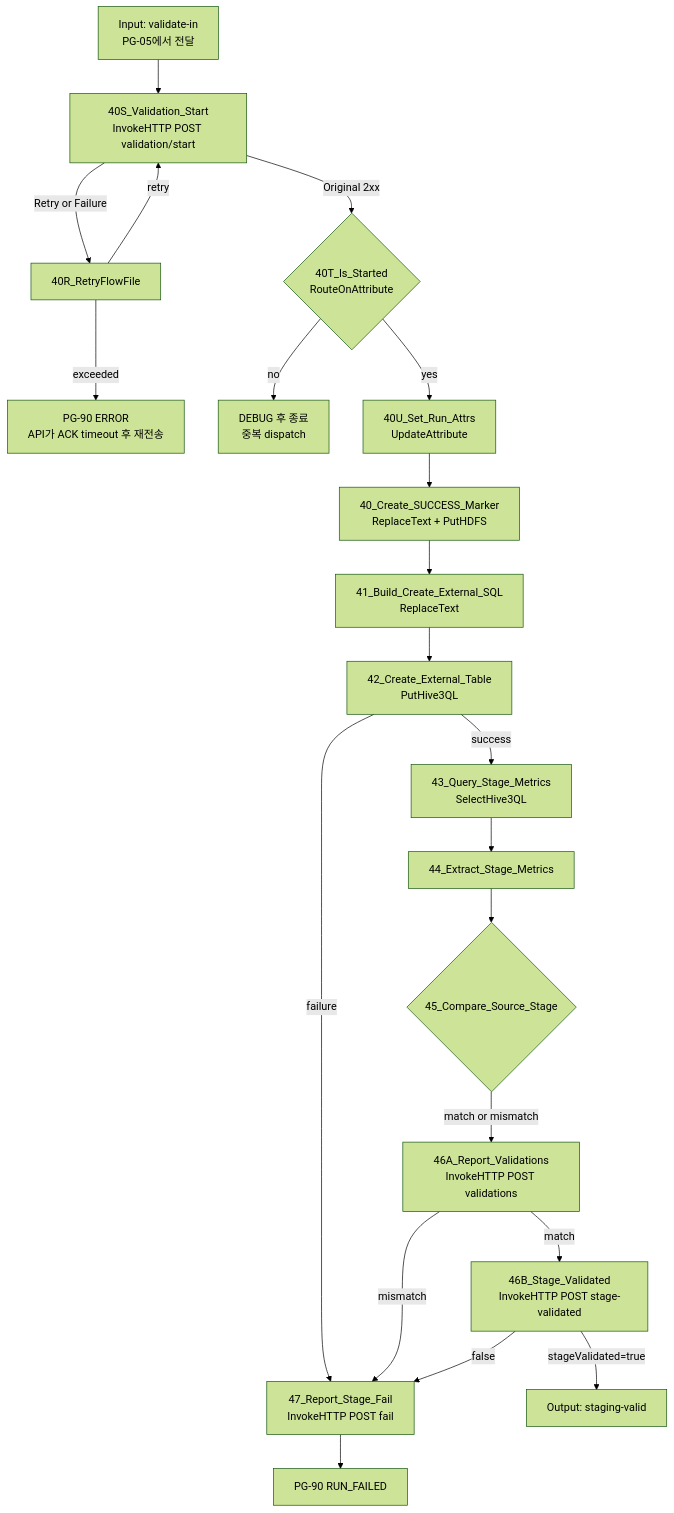
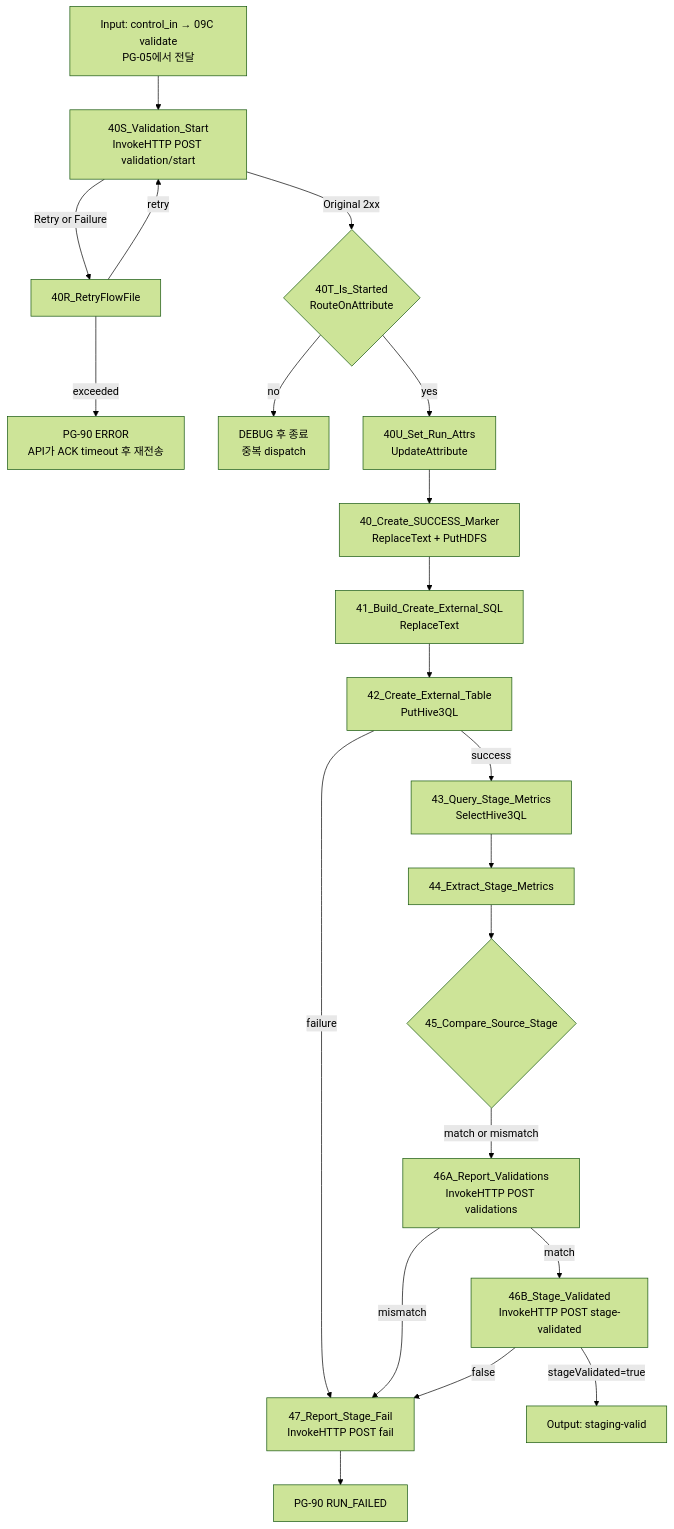
One commit to DataDynamics/nifi-sqoop-removal changed the ninth of 13 diagrams in nifi-sqoop-removal-guide.md. Above: the diagram before and after it, drawn with Mermaid (forest theme). The commit also changed other lines of this file and 4 other files, not shown here.

````diff
--- a/nifi-sqoop-removal-guide.md
+++ b/nifi-sqoop-removal-guide.md
@@ -1238,23 +1253,23 @@
 ```mermaid
 flowchart TD
-    I[Input: validate-in<br/>PG-05에서 전달] --> ST[40S_Validation_Start<br/>InvokeHTTP POST validation/start]
+    I[Input: control_in → 09C validate<br/>PG-05에서 전달] --> ST[40S_Validation_Start<br/>InvokeHTTP POST validation/start]
     ST -->|Original 2xx| T{40T_Is_Started<br/>RouteOnAttribute}
     ST -->|Retry or Failure| SR[40R_RetryFlowFile]
     SR -->|retry| ST
     SR -->|exceeded| F0[PG-90 ERROR<br/>API가 ACK timeout 후 재전송]
     T -->|no| X[DEBUG 후 종료<br/>중복 dispatch]
     T -->|yes| U[40U_Set_Run_Attrs<br/>UpdateAttribute]
     U --> A[40_Create_SUCCESS_Marker<br/>ReplaceText + PutHDFS]
     A --> B[41_Build_Create_External_SQL<br/>ReplaceText]
     B --> C[42_Create_External_Table<br/>PutHive3QL]
     C -->|success| D[43_Query_Stage_Metrics<br/>SelectHive3QL]
     C -->|failure| F[47_Report_Stage_Fail<br/>InvokeHTTP POST fail]
     D --> E[44_Extract_Stage_Metrics]
     E --> R{45_Compare_Source_Stage}
     R -->|match or mismatch| V[46A_Report_Validations<br/>InvokeHTTP POST validations]
     V -->|mismatch| F
     V -->|match| S[46B_Stage_Validated<br/>InvokeHTTP POST stage-validated]
     S -->|stageValidated=true| O[Output: staging-valid]
     S -->|false| F
     F --> FE[PG-90 RUN_FAILED]
 ```
````
